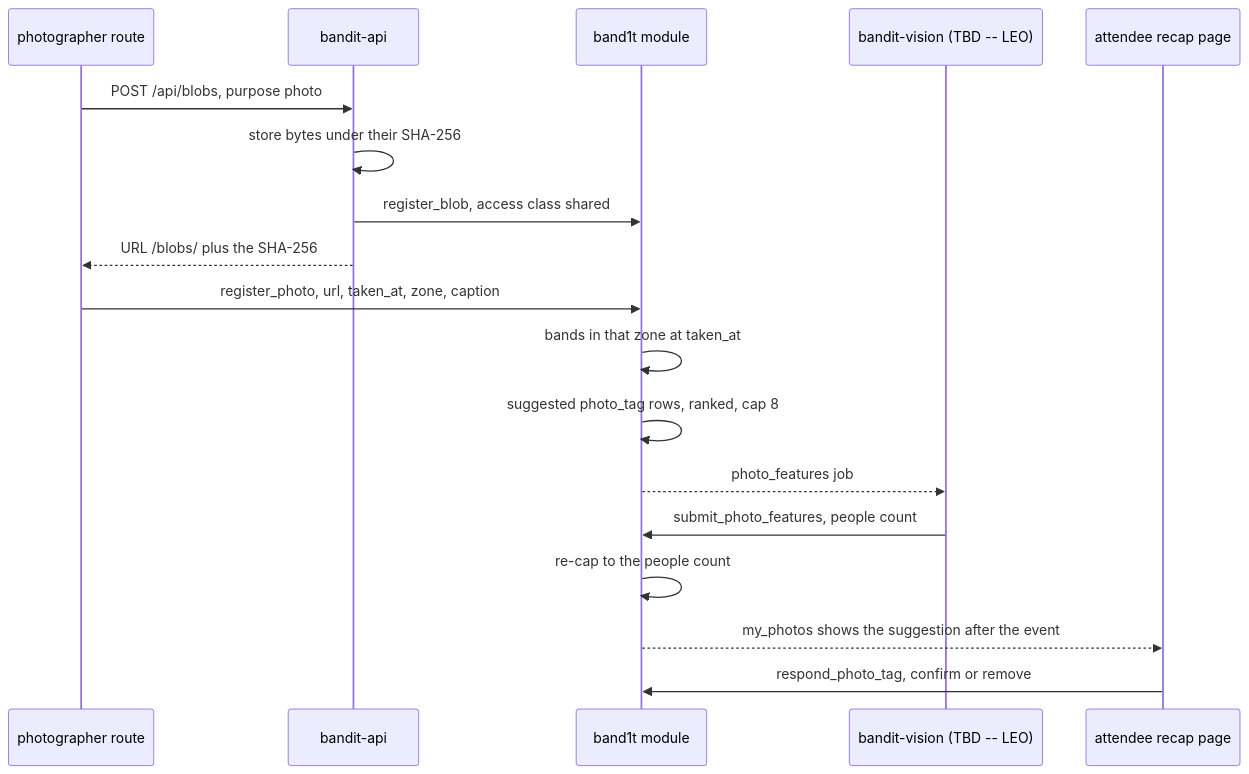
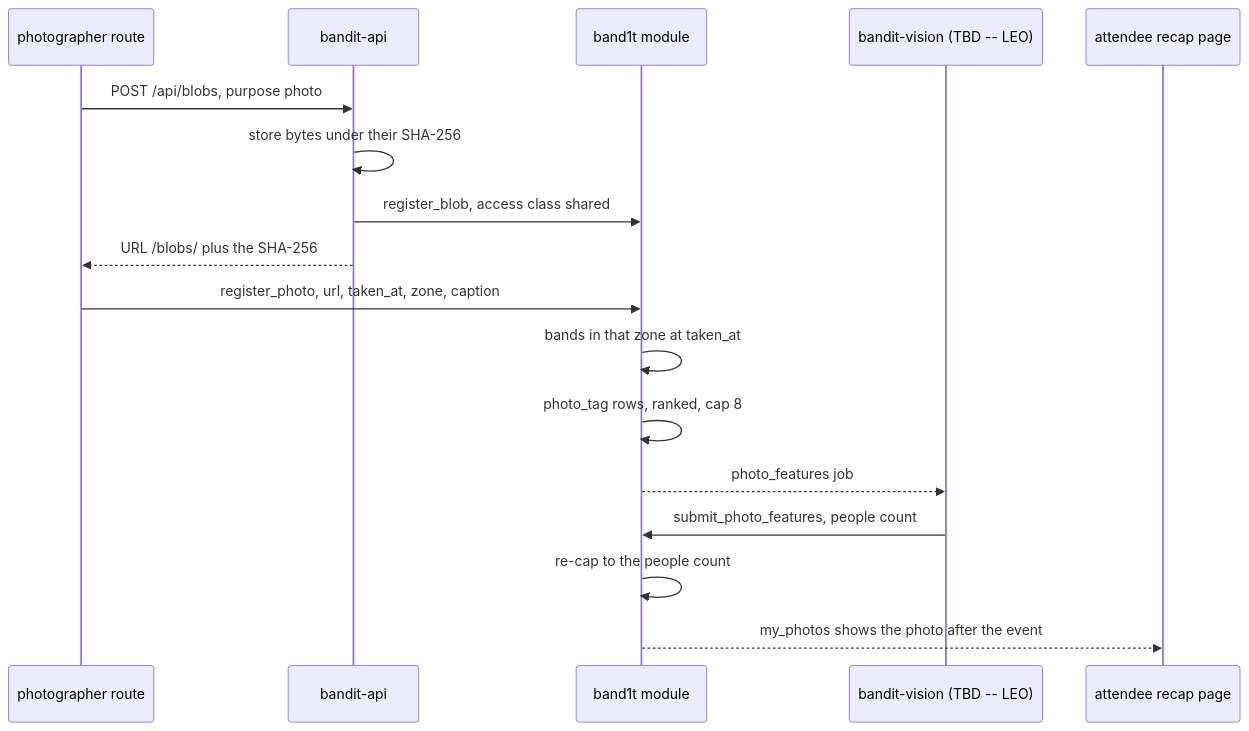
One commit to viktorinkov/cal-hacks-13 changed the third of 3 diagrams in System Design/6-features/Social.md. Above: the diagram before and after it, drawn with Mermaid. The commit also changed other lines of this file and 23 other files, not shown here.

Commit message:
photos show without a confirm step; no scores or minutes on recap cards

````diff
--- a/System Design/6-features/Social.md
+++ b/System Design/6-features/Social.md
@@ -180,20 +180,19 @@
 ```mermaid
 sequenceDiagram
     participant PH as photographer route
     participant API as bandit-api
     participant M as band1t module
     participant V as bandit-vision (TBD -- LEO)
     participant AT as attendee recap page
     PH->>API: POST /api/blobs, purpose photo
     API->>API: store bytes under their SHA-256
     API->>M: register_blob, access class shared
     API-->>PH: URL /blobs/ plus the SHA-256
     PH->>M: register_photo, url, taken_at, zone, caption
     M->>M: bands in that zone at taken_at
-    M->>M: suggested photo_tag rows, ranked, cap 8
+    M->>M: photo_tag rows, ranked, cap 8
     M-->>V: photo_features job
     V->>M: submit_photo_features, people count
     M->>M: re-cap to the people count
-    M-->>AT: my_photos shows the suggestion after the event
-    AT->>M: respond_photo_tag, confirm or remove
+    M-->>AT: my_photos shows the photo after the event
 ```
````
